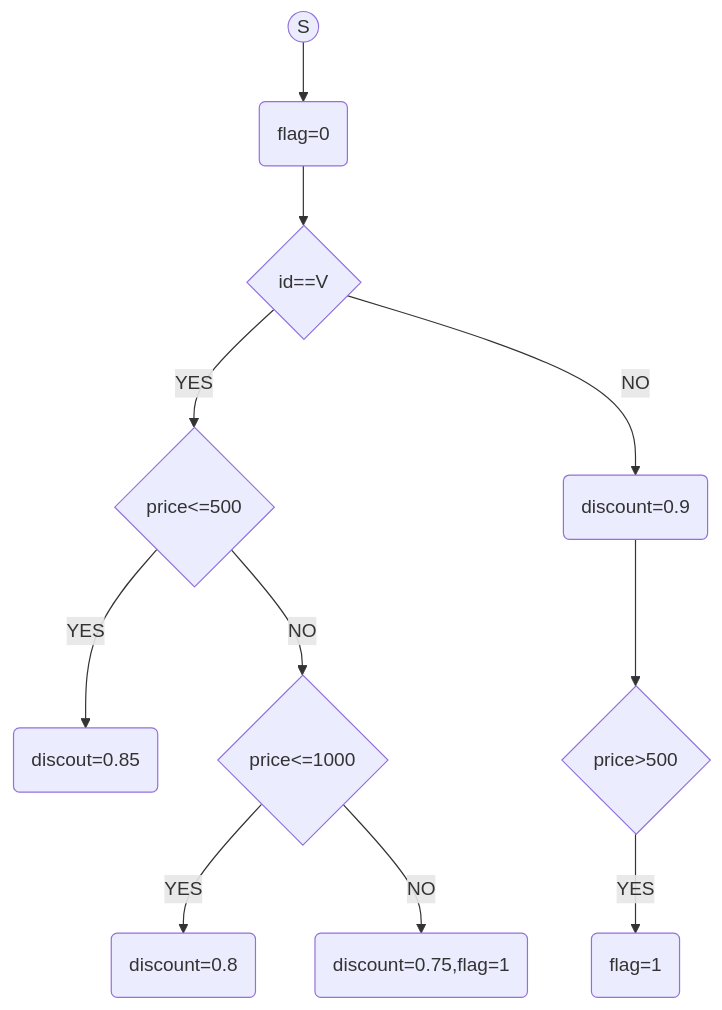
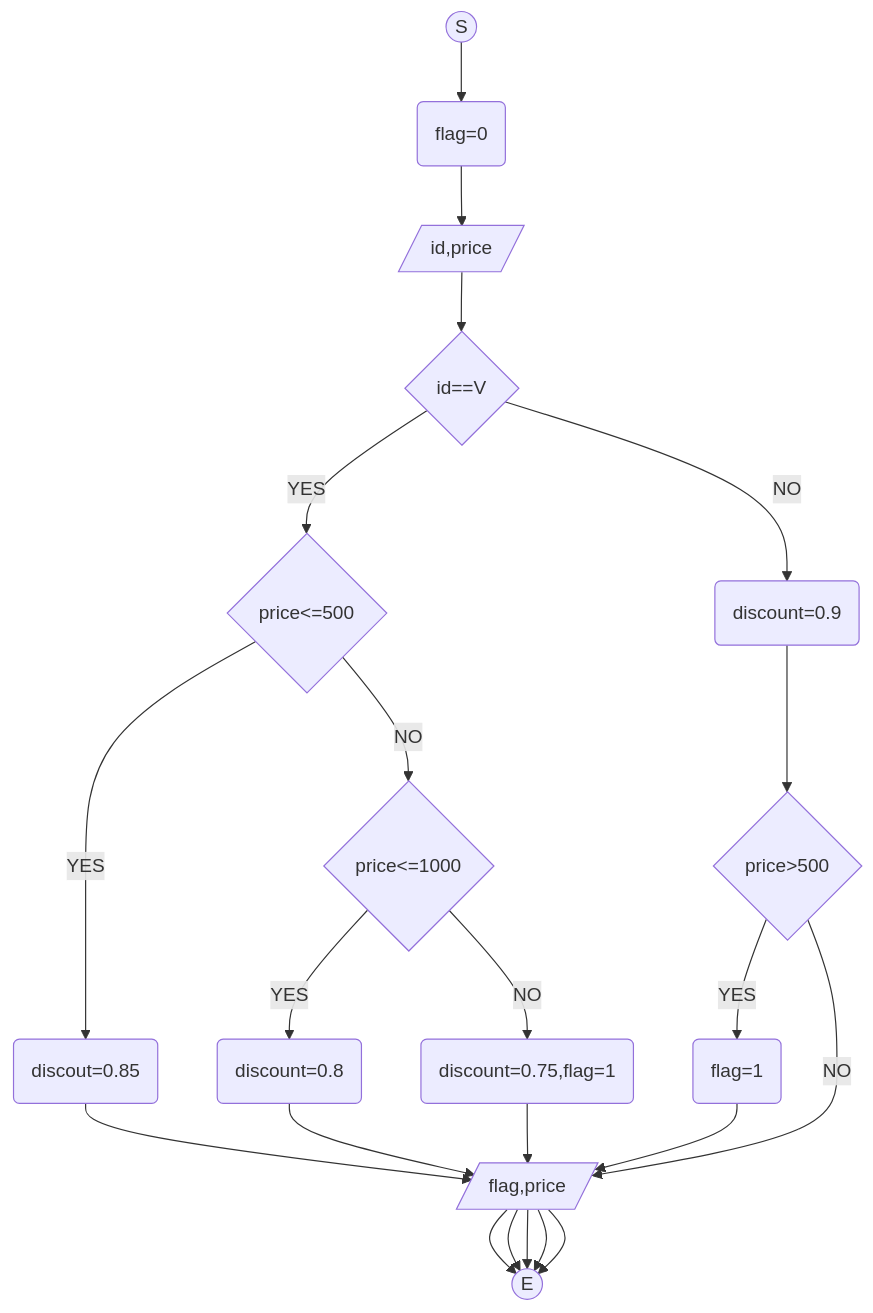
Before and after one commit to zeerre/PLC: diagram 17 of 17 in C-C++/algorithembook/InformaticsOlympiadCourseGuide[C++]2018/README.md, drawn with Mermaid.

Commit message:
Update the master.homepc branch

````diff
--- a/C-C++/algorithembook/InformaticsOlympiadCourseGuide[C++]2018/README.md
+++ b/C-C++/algorithembook/InformaticsOlympiadCourseGuide[C++]2018/README.md
@@ -2964,14 +2964,25 @@
 ```mermaid
 graph TD
       Start((S))-->flag(flag=0);
-      flag-->ID{id==V};
+      flag-->Input[/id,price/];
+      Input-->ID{id==V};
       ID{id==V}--YES-->Price{price<=500};
       Price--YES-->Discount(discout=0.85);
+      Discount-->Output[/flag,price/];
+      Output-->End((E));
       Price--NO-->Price1{price<=1000};
       Price1--YES-->Discount1(discount=0.8);
+      Discount1-->Output[/flag,price/];
+      Output-->End((E));
       Price1--NO-->Discount2(discount=0.75,flag=1);
+      Discount2-->Output[/flag,price/];
+      Output-->End((E));
       ID{id==V}--NO-->Discount3(discount=0.9);
       Discount3-->Price2{price>500};
       Price2--YES-->Flag(flag=1);
+      Flag-->Output[/flag,price/];
+      Output-->End((E));
+      Price2--NO-->Output[/flag,price/];
+      Output-->End((E));;
 
 ```
````
